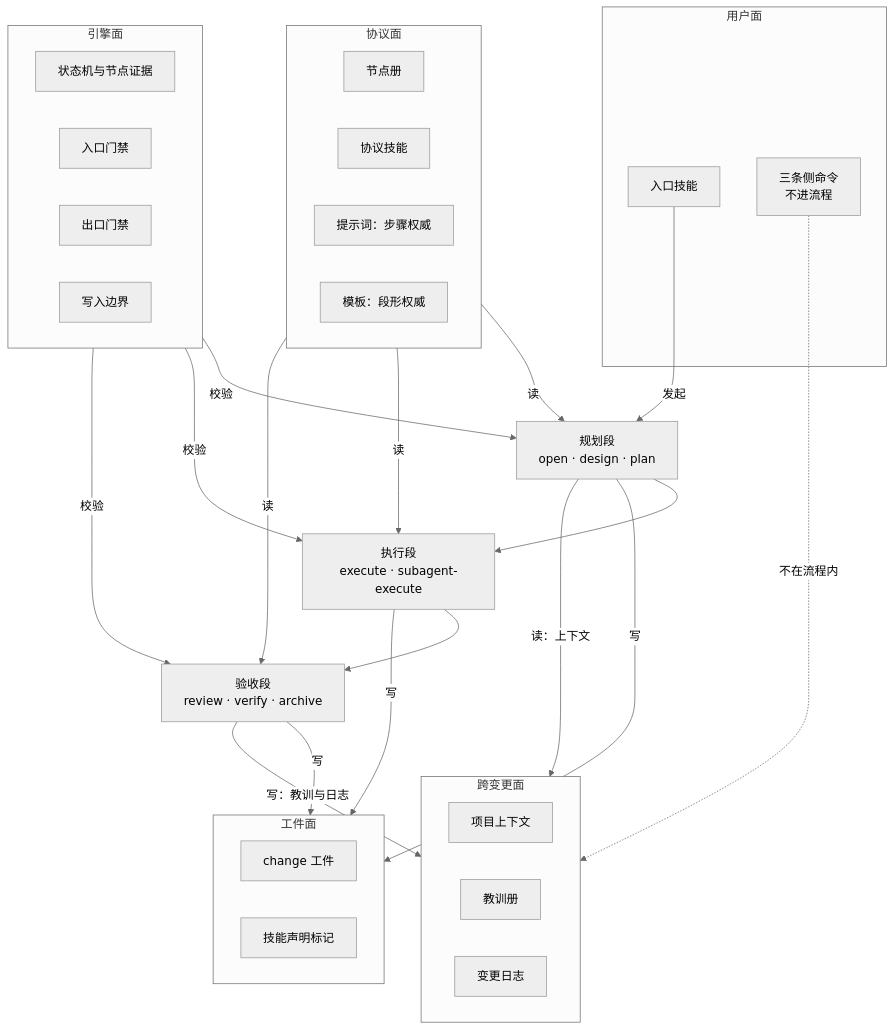
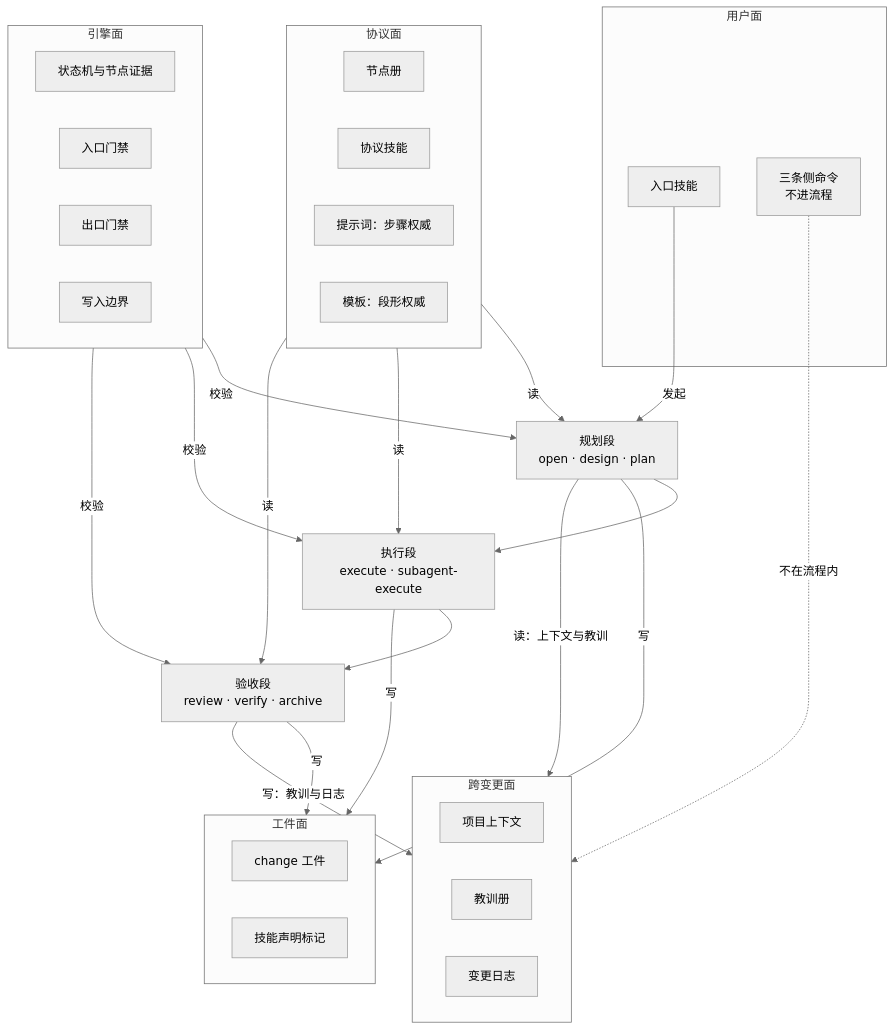
Before and after one commit to baobaolaodie/flow-comet: the second of 7 diagrams in docs/NODES-zh.md, drawn with Mermaid (neutral theme). The commit also changed other lines of this file and 4 other files, not shown here.

````diff
--- a/docs/NODES-zh.md
+++ b/docs/NODES-zh.md
@@ -51,40 +51,40 @@
 ```mermaid
 flowchart TB
   subgraph USER["用户面"]
     U1["入口技能"]
     U2["三条侧命令<br/>不进流程"]
   end
   subgraph PROTO["协议面"]
     PT1["节点册"]
     PT2["协议技能"]
     PT3["提示词：步骤权威"]
     PT4["模板：段形权威"]
   end
   subgraph ENGINE["引擎面"]
     E1["状态机与节点证据"]
     E2["入口门禁"]
     E3["出口门禁"]
     E4["写入边界"]
   end
   subgraph ARTIFACT["工件面"]
     A1["change 工件"]
     A2["技能声明标记"]
   end
   subgraph CROSS["跨变更面"]
     K1["项目上下文"]
     K2["教训册"]
     K3["变更日志"]
   end
   C1["规划段<br/>open · design · plan"]
   C2["执行段<br/>execute · subagent-execute"]
   C3["验收段<br/>review · verify · archive"]
   U1 -->|"发起"| C1
   C1 --> C2
   C2 --> C3
   PROTO -->|"读"| C1 & C2 & C3
   ENGINE -->|"校验"| C1 & C2 & C3
   C1 & C2 & C3 -->|"写"| ARTIFACT
-  C1 -->|"读：上下文"| CROSS
+  C1 -->|"读：上下文与教训"| CROSS
   C3 -->|"写：教训与日志"| CROSS
   U2 -. "不在流程内" .-> CROSS
 ```
````
